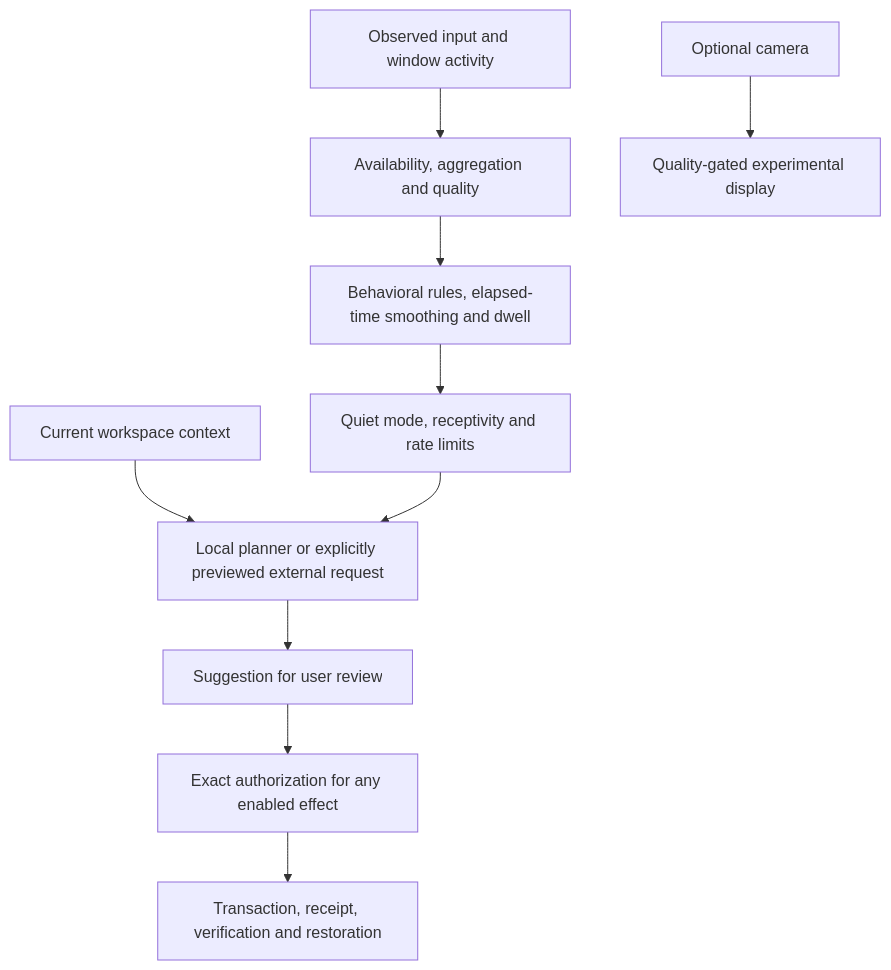
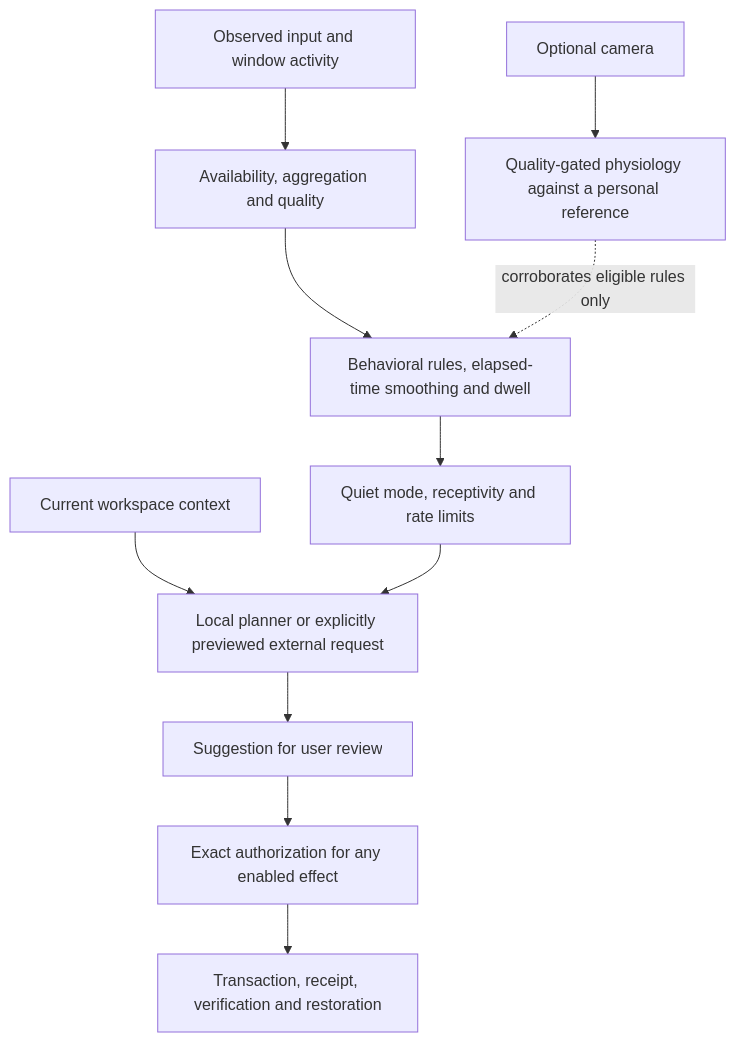
The diagram in README.md (StevenWang-CY/cortex), drawn with Mermaid before and after one commit. The commit also changed other lines of this file and 55 other files, not shown here.

````diff
--- a/README.md
+++ b/README.md
@@ -78,12 +85,13 @@
 ```mermaid
 flowchart TD
   A[Observed input and window activity] --> B[Availability, aggregation and quality]
   B --> C[Behavioral rules, elapsed-time smoothing and dwell]
   C --> D[Quiet mode, receptivity and rate limits]
   E[Current workspace context] --> F[Local planner or explicitly previewed external request]
   D --> F
   F --> G[Suggestion for user review]
   G --> H[Exact authorization for any enabled effect]
   H --> I[Transaction, receipt, verification and restoration]
-  J[Optional camera] --> K[Quality-gated experimental display]
+  J[Optional camera] --> K[Quality-gated physiology against a personal reference]
+  K -.->|corroborates eligible rules only| C
 ```
````
